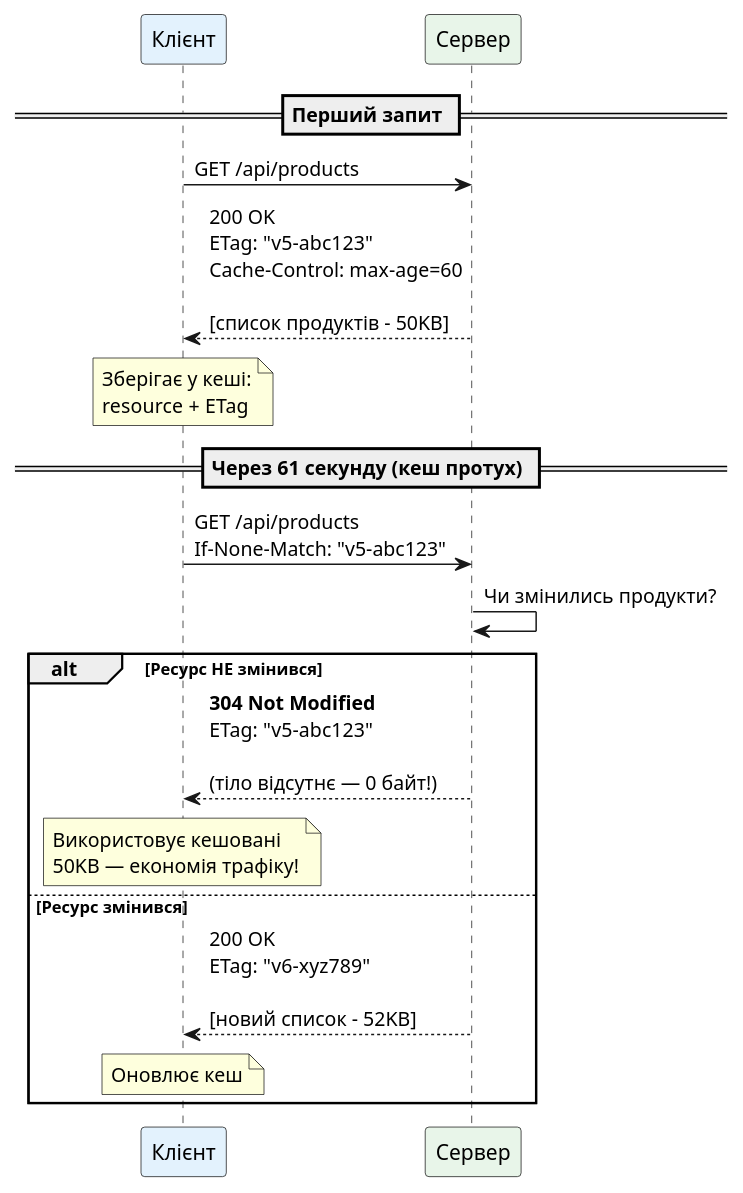
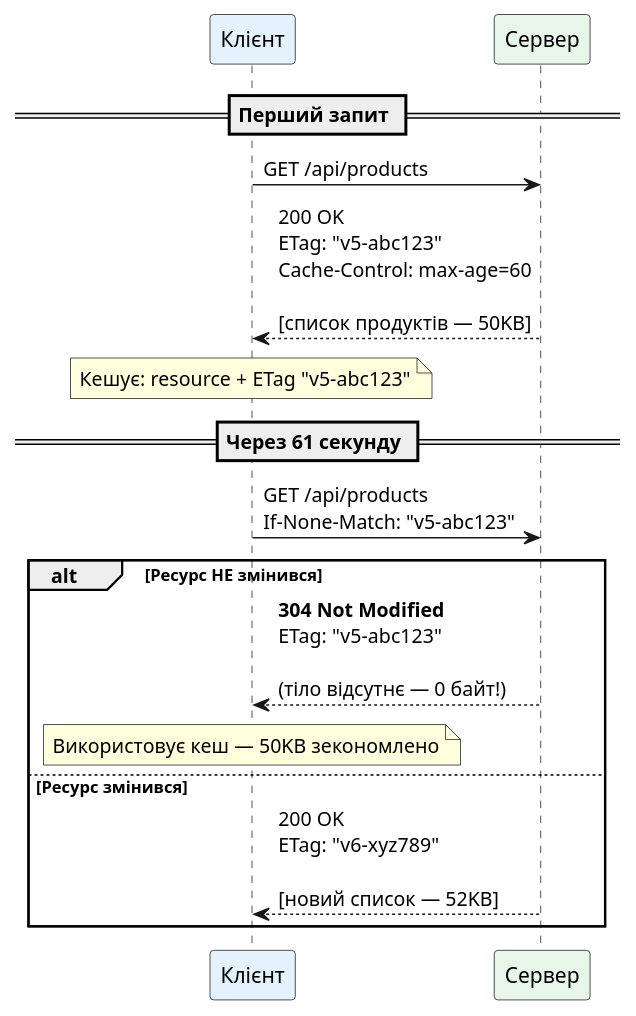
Diagram 15 of 18 in content/01.csharp/13.network-programming/08.http-advanced.md (UTUBMIR/kostyl.dev), drawn with PlantUML before and after one commit. The commit also changed other lines of this file and 2 other files, not shown here.

````diff
--- a/content/01.csharp/13.network-programming/08.http-advanced.md
+++ b/content/01.csharp/13.network-programming/08.http-advanced.md
@@ -798,28 +1521,26 @@
 ```plantuml
 @startuml
 skinparam style plain
 skinparam backgroundColor #ffffff
 
 participant "Клієнт" as client #e3f2fd
 participant "Сервер" as server #e8f5e9
 
 == Перший запит ==
 client -> server : GET /api/products
-server --> client : 200 OK\nETag: "v5-abc123"\nCache-Control: max-age=60\n\n[список продуктів - 50KB]
+server --> client : 200 OK\nETag: "v5-abc123"\nCache-Control: max-age=60\n\n[список продуктів — 50KB]
 
-note over client : Зберігає у кеші:\nresource + ETag
+note over client : Кешує: resource + ETag "v5-abc123"
 
-== Через 61 секунду (кеш протух) ==
+== Через 61 секунду ==
 client -> server : GET /api/products\nIf-None-Match: "v5-abc123"
-server -> server : Чи змінились продукти?
 
 alt Ресурс НЕ змінився
     server --> client : **304 Not Modified**\nETag: "v5-abc123"\n\n(тіло відсутнє — 0 байт!)
-    note over client : Використовує кешовані\n50KB — економія трафіку!
+    note over client : Використовує кеш — 50KB зекономлено
 else Ресурс змінився
-    server --> client : 200 OK\nETag: "v6-xyz789"\n\n[новий список - 52KB]
-    note over client : Оновлює кеш
+    server --> client : 200 OK\nETag: "v6-xyz789"\n\n[новий список — 52KB]
 end
 
 @enduml
 ```
````
